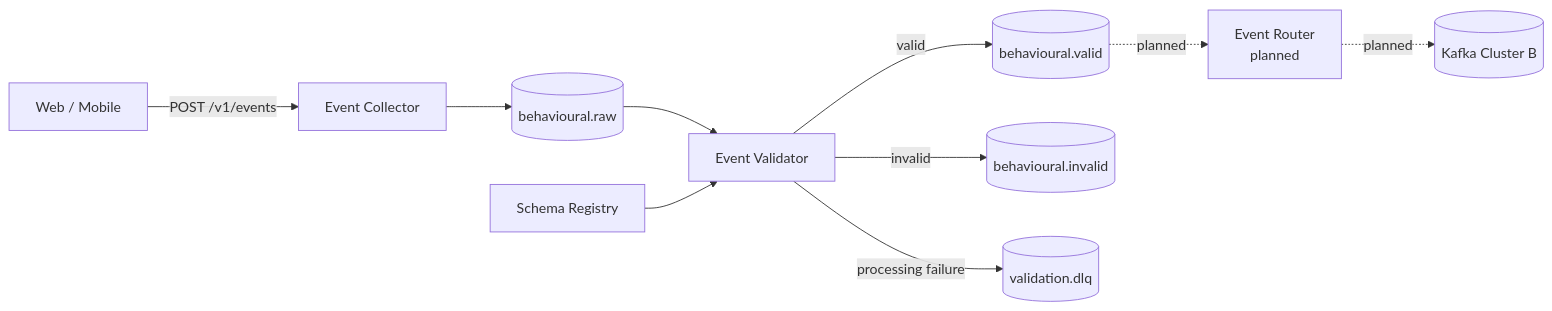
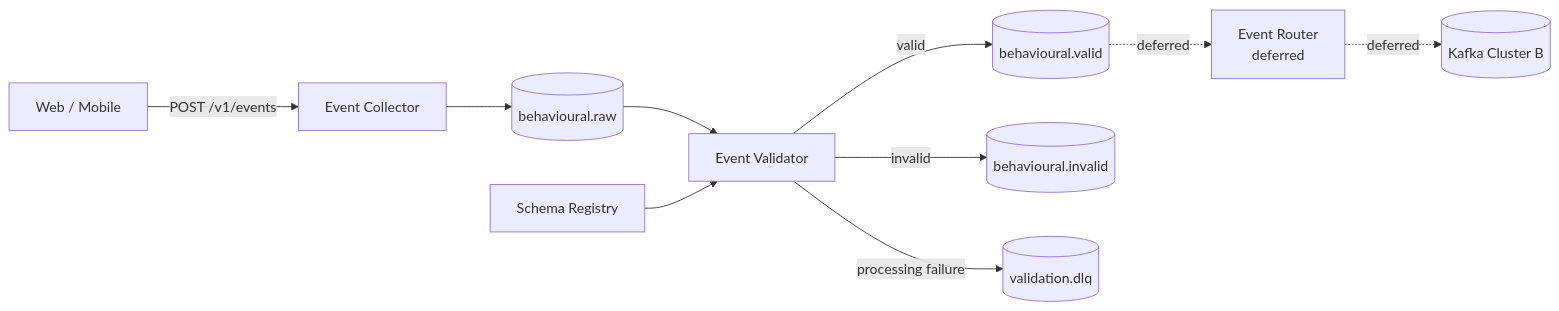
One commit to mbelekar/behavioural-event-platform changed the diagram in README.md. Above: the diagram before and after it, drawn with Mermaid. The commit also changed other lines of this file, not shown here.

Commit message:
docs: defer the cross-cluster Event Router

````diff
--- a/README.md
+++ b/README.md
@@ -48,15 +48,15 @@
 ```mermaid
 flowchart LR
     CLIENT[Web / Mobile] -->|POST /v1/events| COLLECTOR[Event Collector]
     COLLECTOR --> RAW[(behavioural.raw)]
 
     RAW --> VALIDATOR[Event Validator]
     REGISTRY[Schema Registry] --> VALIDATOR
 
     VALIDATOR -->|valid| VALID[(behavioural.valid)]
     VALIDATOR -->|invalid| INVALID[(behavioural.invalid)]
     VALIDATOR -->|processing failure| DLQ[(validation.dlq)]
 
-    VALID -. planned .-> ROUTER[Event Router<br/>planned]
-    ROUTER -. planned .-> TARGET[(Kafka Cluster B)]
+    VALID -. deferred .-> ROUTER[Event Router<br/>deferred]
+    ROUTER -. deferred .-> TARGET[(Kafka Cluster B)]
 ```
````
